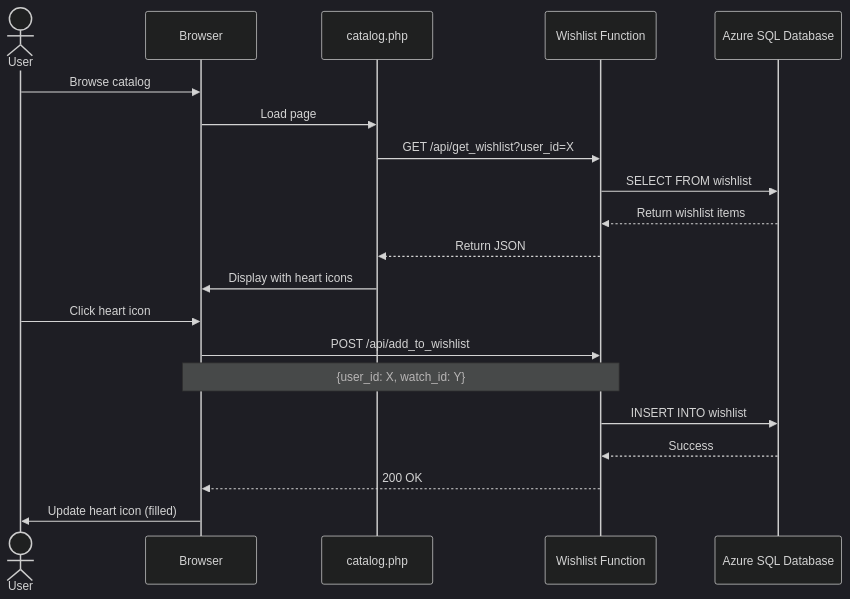
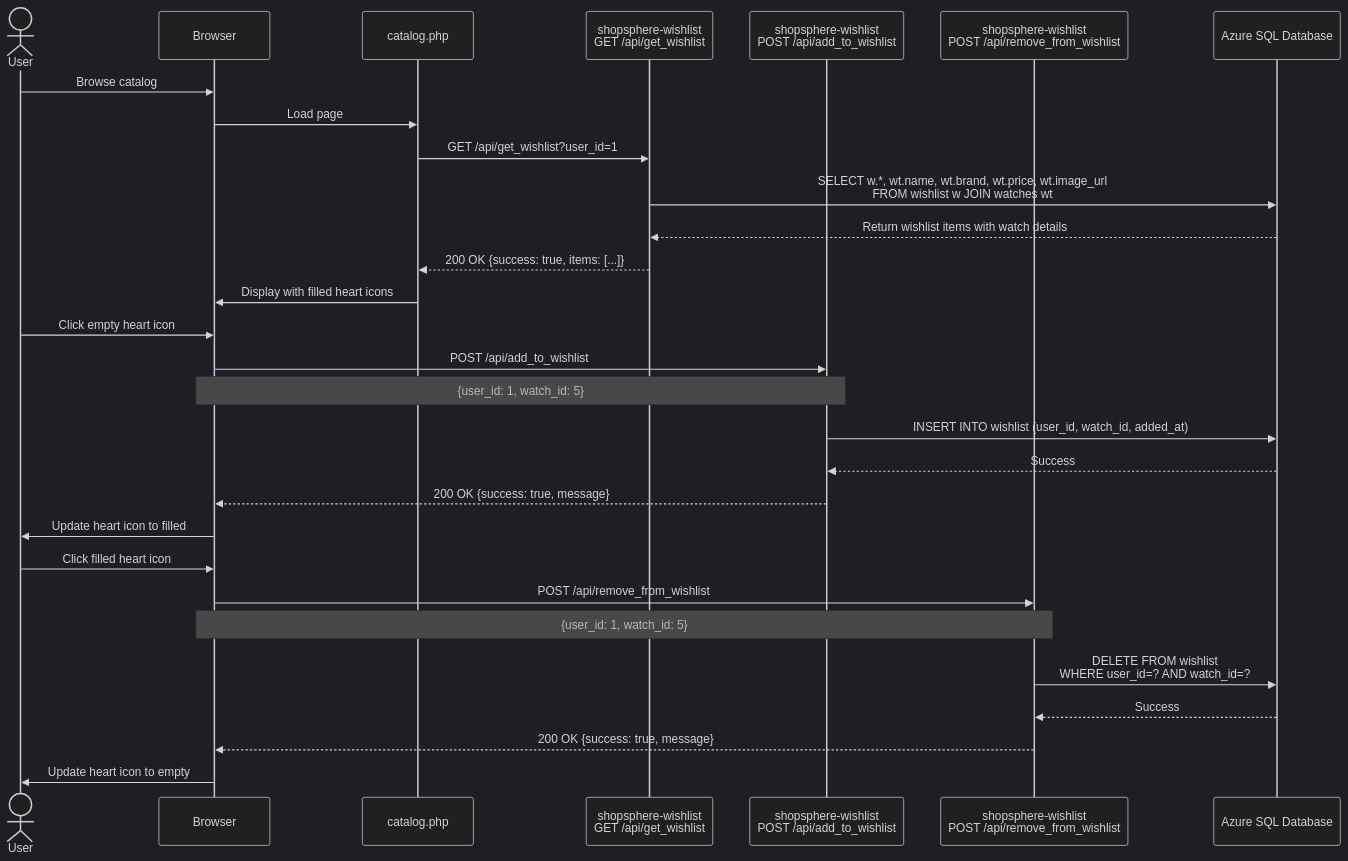
One commit to RichardT1996/my-cloud-shop changed the fifth of 10 diagrams in ARCHITECTURE_UML.md. Above: the diagram before and after it, drawn with Mermaid (dark theme). The commit also changed other lines of this file, not shown here.

Commit message:
update diagrams

````diff
--- a/ARCHITECTURE_UML.md
+++ b/ARCHITECTURE_UML.md
@@ -232,24 +233,34 @@
 ```mermaid
 sequenceDiagram
     actor User
     participant Browser
     participant Catalog as catalog.php
-    participant WishlistAPI as Wishlist Function
+    participant GetWishlist as shopsphere-wishlist<br/>GET /api/get_wishlist
+    participant AddWishlist as shopsphere-wishlist<br/>POST /api/add_to_wishlist
+    participant RemoveWishlist as shopsphere-wishlist<br/>POST /api/remove_from_wishlist
     participant Database as Azure SQL Database
     
     User->>Browser: Browse catalog
     Browser->>Catalog: Load page
-    Catalog->>WishlistAPI: GET /api/get_wishlist?user_id=X
-    WishlistAPI->>Database: SELECT FROM wishlist
-    Database-->>WishlistAPI: Return wishlist items
-    WishlistAPI-->>Catalog: Return JSON
-    Catalog->>Browser: Display with heart icons
+    Catalog->>GetWishlist: GET /api/get_wishlist?user_id=1
+    GetWishlist->>Database: SELECT w.*, wt.name, wt.brand, wt.price, wt.image_url<br/>FROM wishlist w JOIN watches wt
+    Database-->>GetWishlist: Return wishlist items with watch details
+    GetWishlist-->>Catalog: 200 OK {success: true, items: [...]}
+    Catalog->>Browser: Display with filled heart icons
     
-    User->>Browser: Click heart icon
-    Browser->>WishlistAPI: POST /api/add_to_wishlist
-    Note over Browser,WishlistAPI: {user_id: X, watch_id: Y}
-    WishlistAPI->>Database: INSERT INTO wishlist
-    Database-->>WishlistAPI: Success
-    WishlistAPI-->>Browser: 200 OK
-    Browser->>User: Update heart icon (filled)
+    User->>Browser: Click empty heart icon
+    Browser->>AddWishlist: POST /api/add_to_wishlist
+    Note over Browser,AddWishlist: {user_id: 1, watch_id: 5}
+    AddWishlist->>Database: INSERT INTO wishlist (user_id, watch_id, added_at)
+    Database-->>AddWishlist: Success
+    AddWishlist-->>Browser: 200 OK {success: true, message}
+    Browser->>User: Update heart icon to filled
+    
+    User->>Browser: Click filled heart icon
+    Browser->>RemoveWishlist: POST /api/remove_from_wishlist
+    Note over Browser,RemoveWishlist: {user_id: 1, watch_id: 5}
+    RemoveWishlist->>Database: DELETE FROM wishlist<br/>WHERE user_id=? AND watch_id=?
+    Database-->>RemoveWishlist: Success
+    RemoveWishlist-->>Browser: 200 OK {success: true, message}
+    Browser->>User: Update heart icon to empty
 ```
````
